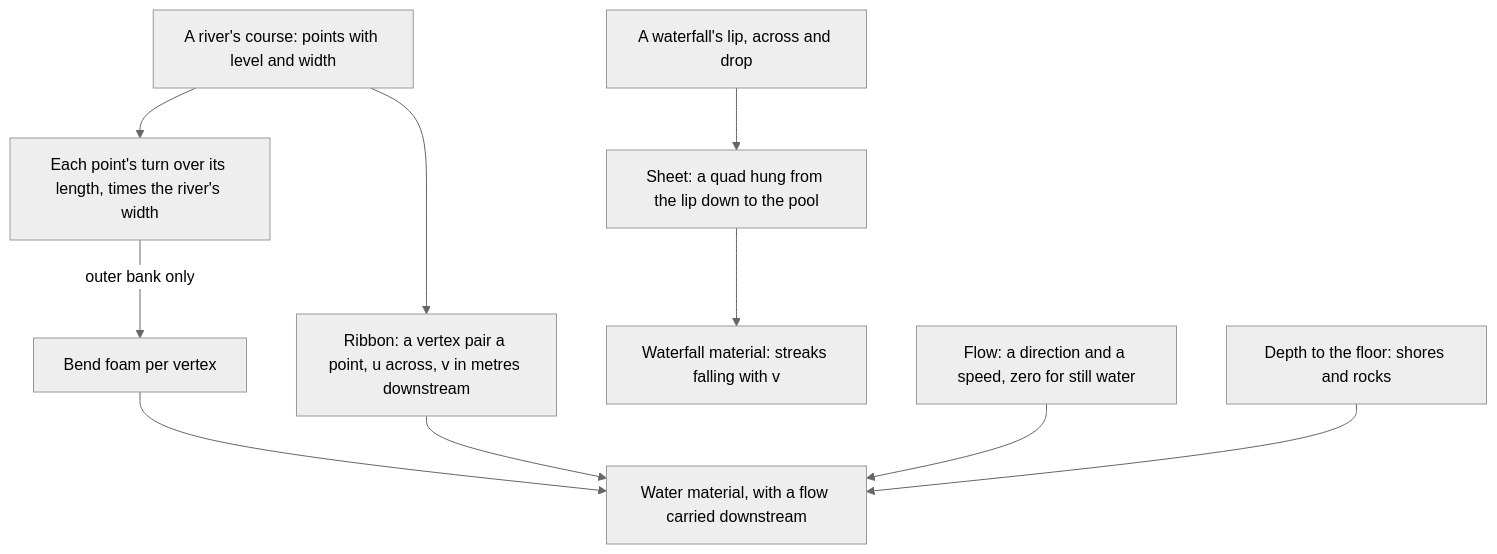
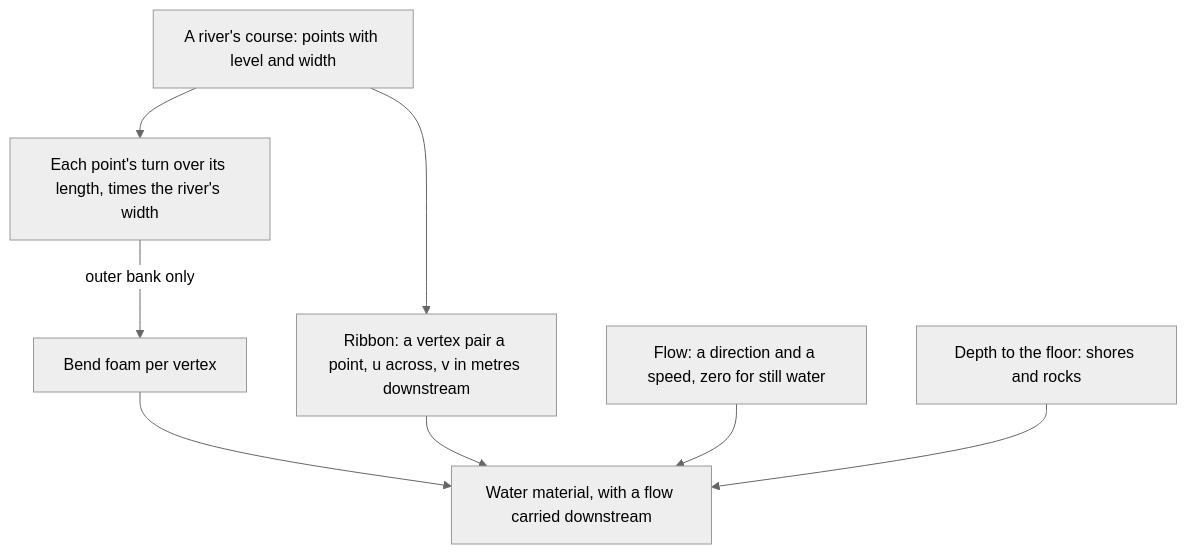
The diagram in openspec/specs/genshin/flowing-water/design.md (Esposter/Esposter), drawn with Mermaid (neutral theme) before and after one commit. The commit also changed 9 other files, not shown here.

````diff
--- a/openspec/specs/genshin/flowing-water/design.md
+++ b/openspec/specs/genshin/flowing-water/design.md
@@ -7,12 +7,10 @@
 ```mermaid
 flowchart TD
   COURSE["A river's course: points with level and width"] --> RIB["Ribbon: a vertex pair a point, u across, v in metres downstream"]
   COURSE --> BEND["Each point's turn over its length, times the river's width"]
   BEND -->|outer bank only| FOAMV["Bend foam per vertex"]
   FOAMV --> MAT
-  LIP["A waterfall's lip, across and drop"] --> SHEET["Sheet: a quad hung from the lip down to the pool"]
   RIB --> MAT["Water material, with a flow carried downstream"]
-  SHEET --> STREAK["Waterfall material: streaks falling with v"]
   FLOW["Flow: a direction and a speed, zero for still water"] --> MAT
   DEPTH["Depth to the floor: shores and rocks"] --> MAT
 ```
````
